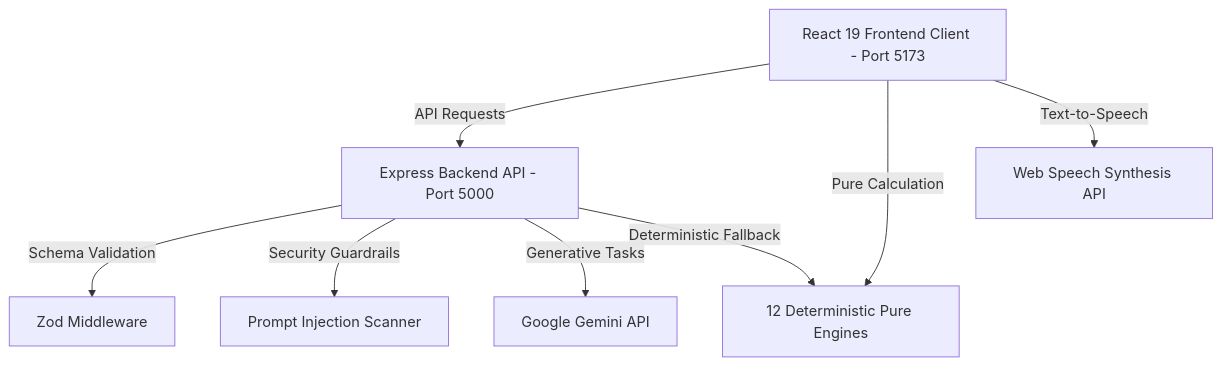
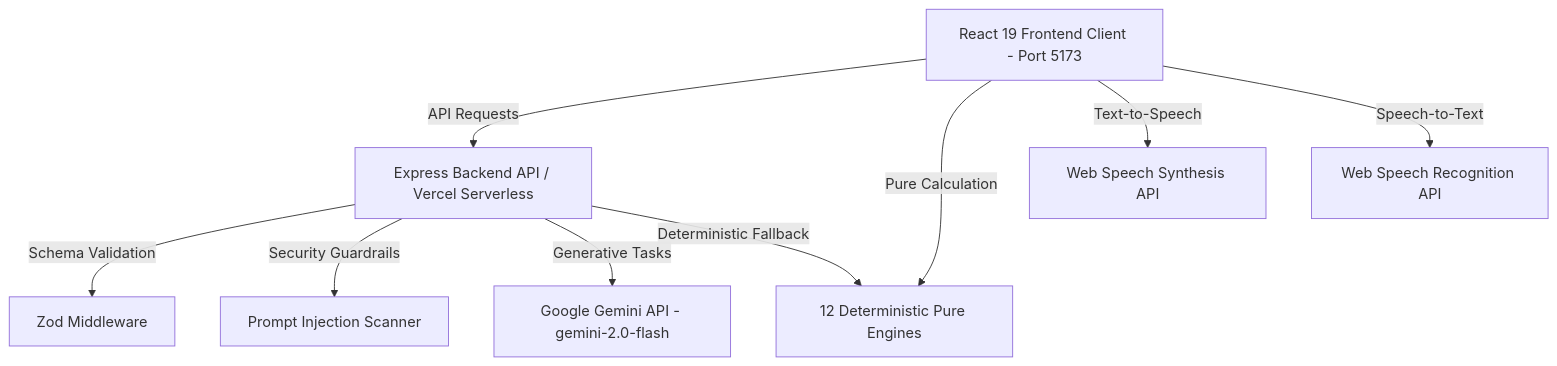
The diagram in README.md (Sunny-creator110/FIFA-2026-HUB), drawn with Mermaid before and after one commit. The commit also changed other lines of this file, not shown here.

````diff
--- a/README.md
+++ b/README.md
@@ -96,10 +50,11 @@
 ```mermaid
 graph TD
-    A[React 19 Frontend Client - Port 5173] -->|API Requests| B[Express Backend API - Port 5000]
+    A[React 19 Frontend Client - Port 5173] -->|API Requests| B[Express Backend API / Vercel Serverless]
     A -->|Pure Calculation| C[12 Deterministic Pure Engines]
     A -->|Text-to-Speech| D[Web Speech Synthesis API]
-    B -->|Schema Validation| E[Zod Middleware]
-    B -->|Security Guardrails| F[Prompt Injection Scanner]
-    B -->|Generative Tasks| G[Google Gemini API]
+    A -->|Speech-to-Text| E[Web Speech Recognition API]
+    B -->|Schema Validation| F[Zod Middleware]
+    B -->|Security Guardrails| G[Prompt Injection Scanner]
+    B -->|Generative Tasks| H[Google Gemini API - gemini-2.0-flash]
     B -->|Deterministic Fallback| C
 ```
````
